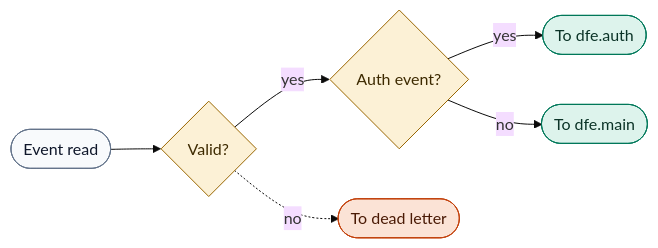
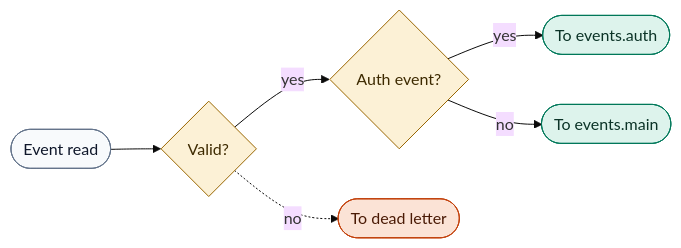
The fifth of 8 diagrams in style/diagram-templates.md (hyperi-io/merrow), drawn with Mermaid (base theme) before and after one commit. The commit also changed other lines of this file and 28 other files, not shown here.

````diff
--- a/style/diagram-templates.md
+++ b/style/diagram-templates.md
@@ -151,26 +151,26 @@
 ```mermaid
 flowchart LR
     accTitle: L4 Detail -- Loader routing decision
-    accDescr: An event is read and checked. Invalid events go to the dead letter topic. Valid auth events are written to dfe.auth and all other valid events are written to dfe.main.
+    accDescr: An event is read and checked. Invalid events go to the dead letter topic. Valid auth events are written to events.auth and all other valid events are written to events.main.
 
     read(["Event read"])
     valid{"Valid?"}
     kind{"Auth event?"}
     dead(["To dead letter"])
-    auth(["To dfe.auth"])
-    main(["To dfe.main"])
+    auth(["To events.auth"])
+    main(["To events.main"])
 
     read --> valid
     valid -->|yes| kind
     valid -.->|no| dead
     kind -->|yes| auth
     kind -->|no| main
 
     classDef default fill:#F8FAFC,stroke:#64748B,stroke-width:1px,color:#0F172A
     classDef store fill:#DDF3EC,stroke:#00785A,stroke-width:1px,color:#0B3327
     classDef decision fill:#FCF1D6,stroke:#9A6700,stroke-width:1px,color:#3D2A00
     classDef error fill:#FBE3D6,stroke:#C2410C,stroke-width:1px,color:#4A1A05
     class valid,kind decision
     class dead error
     class auth,main store
 ```
````
